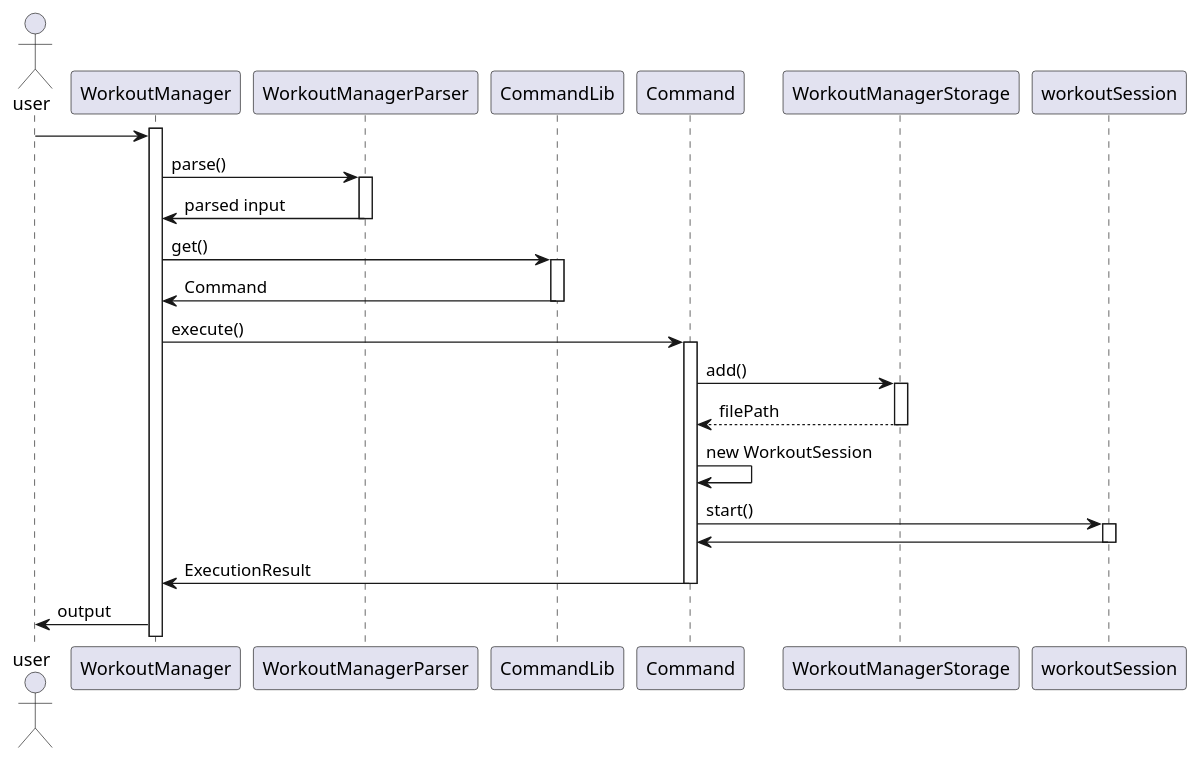
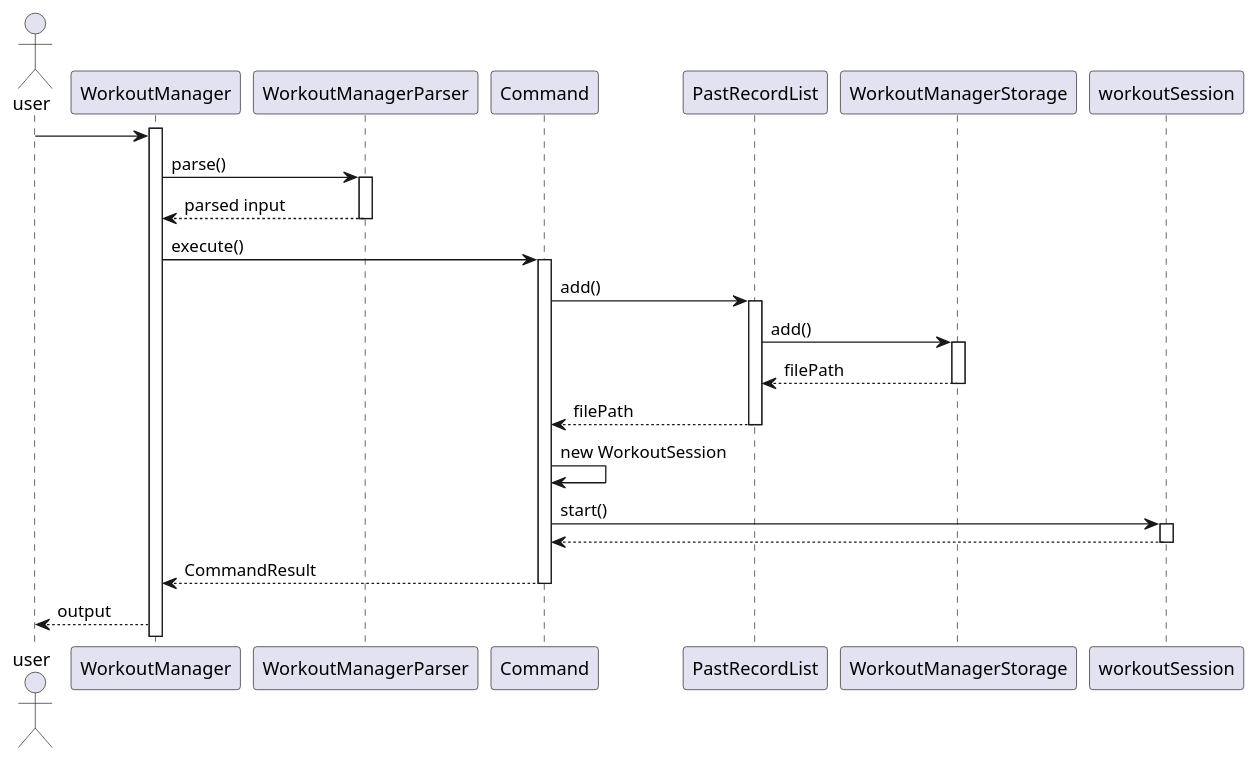
Before and after one commit to zsk612/tp: the diagram in docs/pictures/zesong/NewWS.puml, drawn with PlantUML. The commit also changed 49 other files, not shown here.

```diff
--- a/docs/pictures/zesong/NewWS.puml
+++ b/docs/pictures/zesong/NewWS.puml
@@ -1,34 +1,35 @@
 @startuml
 actor user
 activate WorkoutManager
 user -> WorkoutManager
 WorkoutManager -> WorkoutManagerParser : parse()
 activate WorkoutManagerParser
-WorkoutManagerParser -> WorkoutManager : parsed input
+WorkoutManagerParser --> WorkoutManager : parsed input
 deactivate WorkoutManagerParser
-
-WorkoutManager -> CommandLib : get()
-activate CommandLib
-CommandLib -> WorkoutManager : Command
-deactivate CommandLib
 
 WorkoutManager -> Command : execute()
 activate Command
 
-Command -> WorkoutManagerStorage : add()
+Command -> PastRecordList : add()
+activate PastRecordList
+
+PastRecordList -> WorkoutManagerStorage : add()
 activate WorkoutManagerStorage
-WorkoutManagerStorage --> Command : filePath
+WorkoutManagerStorage --> PastRecordList : filePath
 deactivate WorkoutManagerStorage
+
+PastRecordList --> Command : filePath
+deactivate PastRecordList
 
 Command -> Command : new WorkoutSession
 Command -> workoutSession : start()
 activate workoutSession
-workoutSession -> Command
+workoutSession --> Command
 deactivate workoutSession
 
-Command -> WorkoutManager : ExecutionResult
+Command --> WorkoutManager : CommandResult
 deactivate Command
 
-WorkoutManager ->  user : output
+WorkoutManager -->  user : output
 
 @enduml
```
